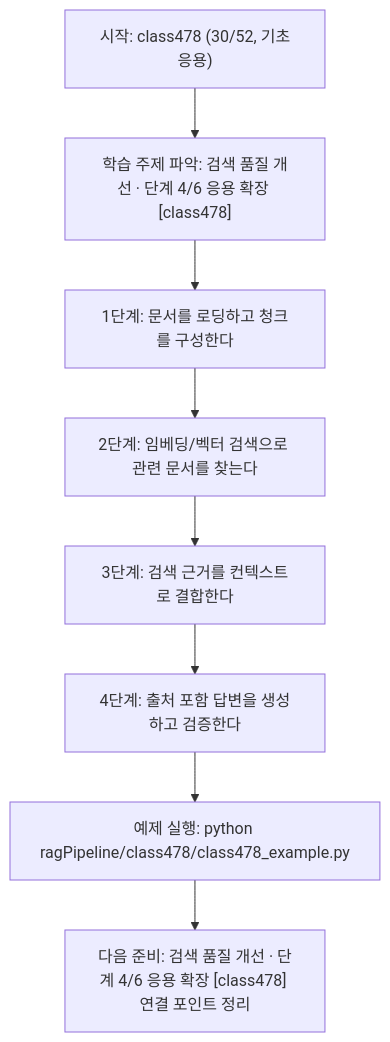
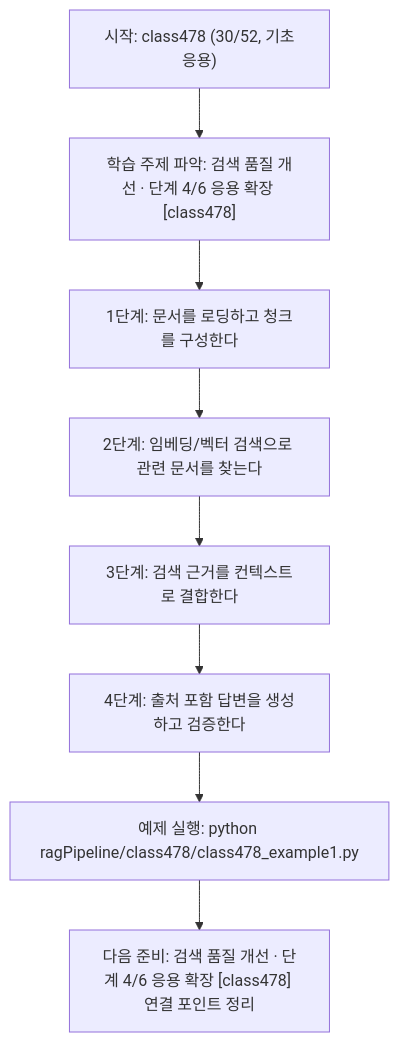
One commit to edumgt/Python-AI_Agent-Class changed the diagram in ragPipeline/class478/class478.md. Above: the diagram before and after it, drawn with Mermaid. The commit also changed other lines of this file and 2959 other files, not shown here.

````diff
--- a/ragPipeline/class478/class478.md
+++ b/ragPipeline/class478/class478.md
@@ -111,18 +111,18 @@
 ```mermaid
 flowchart TD
 N1["시작: class478 (30/52, 기초응용)"]
 N2["학습 주제 파악: 검색 품질 개선 · 단계 4/6 응용 확장 [class478]"]
 N3["1단계: 문서를 로딩하고 청크를 구성한다"]
 N4["2단계: 임베딩/벡터 검색으로 관련 문서를 찾는다"]
 N5["3단계: 검색 근거를 컨텍스트로 결합한다"]
 N6["4단계: 출처 포함 답변을 생성하고 검증한다"]
-N7["예제 실행: python ragPipeline/class478/class478_example.py"]
+N7["예제 실행: python ragPipeline/class478/class478_example1.py"]
 N8["다음 준비: 검색 품질 개선 · 단계 4/6 응용 확장 [class478] 연결 포인트 정리"]
 N1 --> N2
 N2 --> N3
 N3 --> N4
 N4 --> N5
 N5 --> N6
 N6 --> N7
 N7 --> N8
 ```
````
